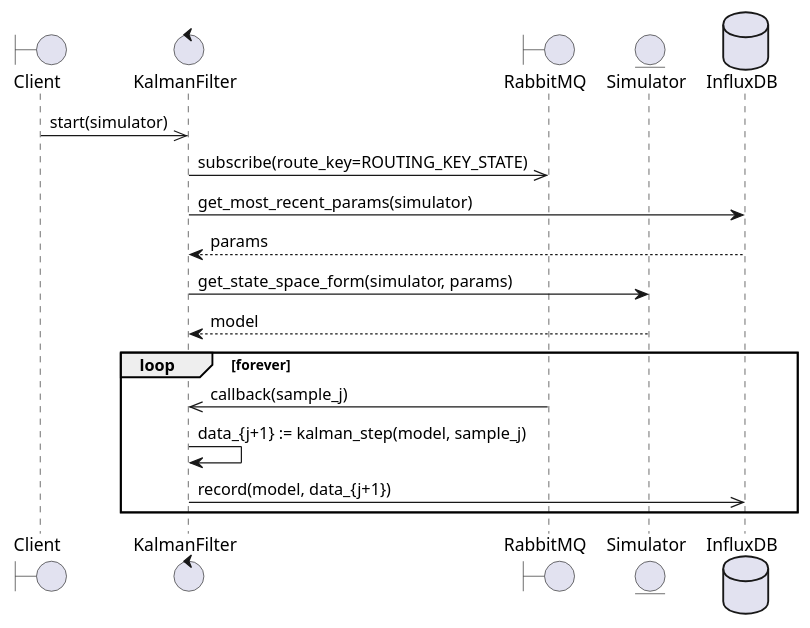
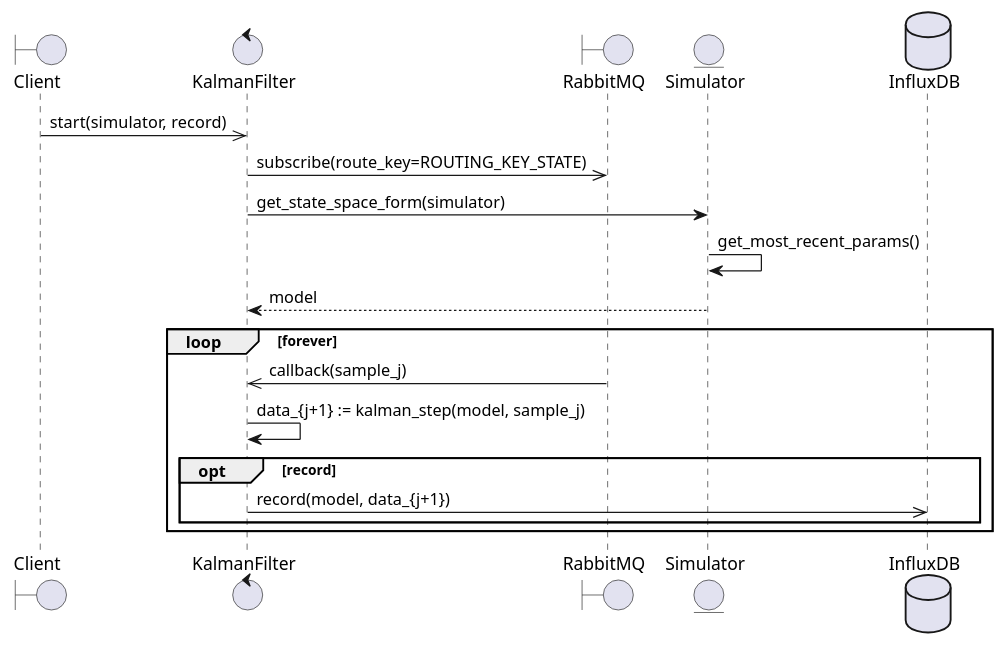
Before and after one commit to INTO-CPS-Association/example_digital-twin_incubator: the diagram in software/docs/diagrams/kalman_filter_sequence.puml, drawn with PlantUML. The commit also changed 5 other files, not shown here.

Commit message:
component sequence diagrams

```diff
--- a/software/docs/diagrams/kalman_filter_sequence.puml
+++ b/software/docs/diagrams/kalman_filter_sequence.puml
@@ -1,18 +1,19 @@
 @startuml KalmanFilter
 boundary Client as client
 control KalmanFilter as kf
 boundary RabbitMQ as mq
-entity Simulator as mod
+entity Simulator as sim
 database InfluxDB as db
-client ->> kf: start(simulator)
+client ->> kf: start(simulator, record)
 kf ->> mq: subscribe(route_key=ROUTING_KEY_STATE)
-kf -> db: get_most_recent_params(simulator)
-return params
-kf -> mod: get_state_space_form(simulator, params)
-return model
+kf -> sim: get_state_space_form(simulator)
+sim -> sim: get_most_recent_params()
+sim --> kf: model
 loop forever
   mq ->> kf: callback(sample_j)
   kf -> kf: data_{j+1} := kalman_step(model, sample_j)
-  kf ->> db: record(model, data_{j+1})
+  opt record
+    kf ->> db: record(model, data_{j+1})
+  end
 end
 @enduml
```
